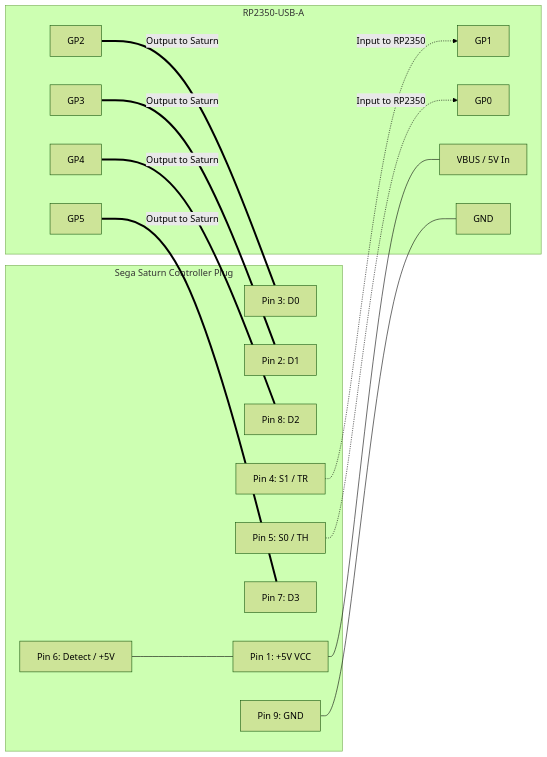
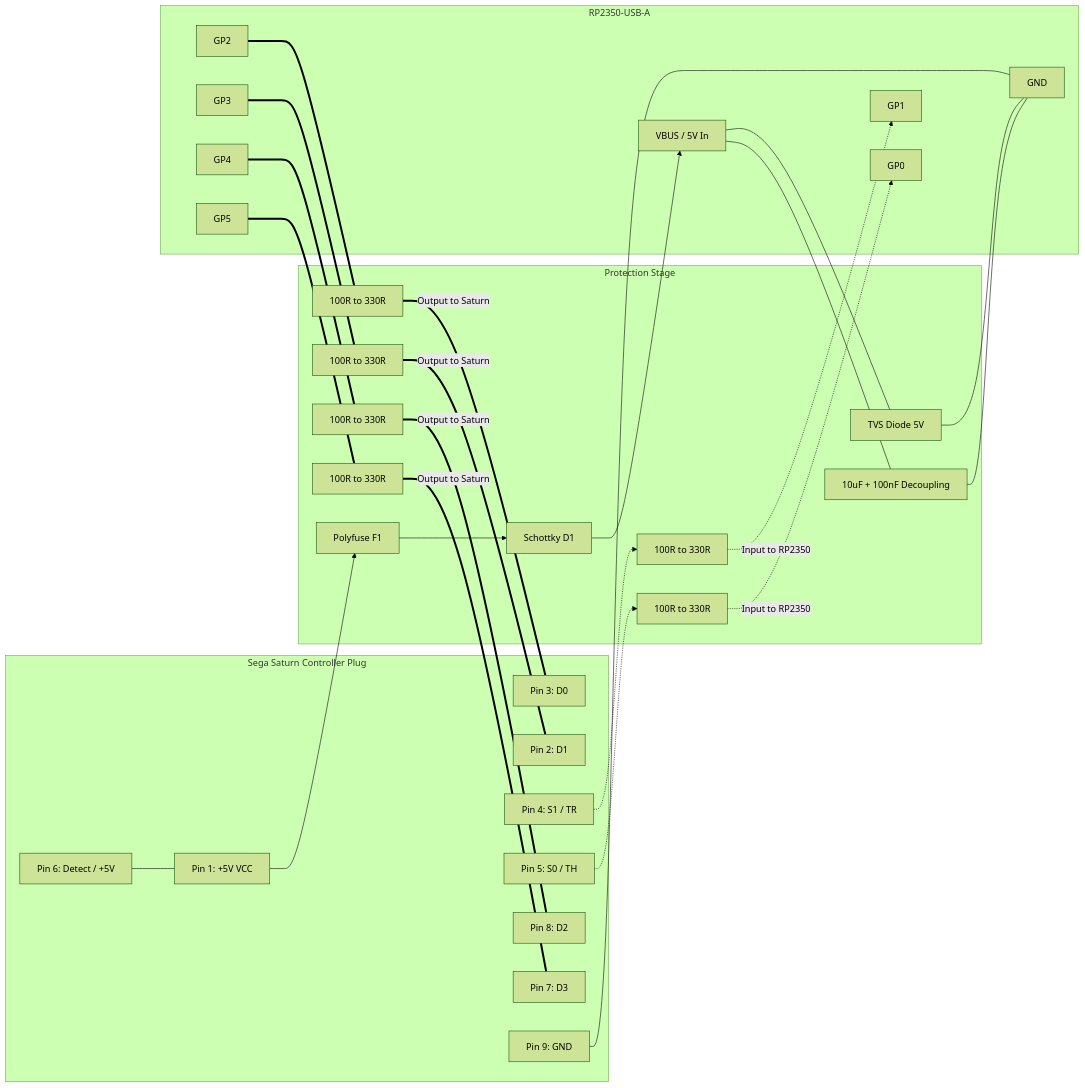
One commit to willll/USB2Saturn changed the diagram in docs/SCHEMATICS.md. Above: the diagram before and after it, drawn with Mermaid (forest theme). The commit also changed other lines of this file and 11 other files, not shown here.

Commit message:
feat: add protection board design and documentation for USB2Saturn project

````diff
--- a/docs/SCHEMATICS.md
+++ b/docs/SCHEMATICS.md
@@ -98,38 +135,55 @@
 ```mermaid
 graph LR
     subgraph Sega Saturn Controller Plug
         P1[Pin 1: +5V VCC]
         P2[Pin 2: D1]
         P3[Pin 3: D0]
         P4[Pin 4: S1 / TR]
         P5[Pin 5: S0 / TH]
         P6[Pin 6: Detect / +5V]
         P7[Pin 7: D3]
         P8[Pin 8: D2]
         P9[Pin 9: GND]
     end
 
+    subgraph Protection Stage
+        F1[Polyfuse F1]
+        D1[Schottky D1]
+        TVS1[TVS Diode 5V]
+        C1[10uF + 100nF Decoupling]
+        RS0[100R to 330R]
+        RS1[100R to 330R]
+        RD0[100R to 330R]
+        RD1[100R to 330R]
+        RD2[100R to 330R]
+        RD3[100R to 330R]
+    end
+
     subgraph RP2350-USB-A
         VBUS[VBUS / 5V In]
         GND_RP[GND]
         GP0[GP0]
         GP1[GP1]
         GP2[GP2]
         GP3[GP3]
         GP4[GP4]
         GP5[GP5]
     end
 
-    P1 --- VBUS
+    P1 --> F1 --> D1 --> VBUS
+    VBUS --- TVS1
+    TVS1 --- GND_RP
+    VBUS --- C1
+    C1 --- GND_RP
     P9 --- GND_RP
     
-    P5 -.->|Input to RP2350| GP0
-    P4 -.->|Input to RP2350| GP1
+    P5 -.-> RS0 -.->|Input to RP2350| GP0
+    P4 -.-> RS1 -.->|Input to RP2350| GP1
     
-    GP2 ===|Output to Saturn| P3
-    GP3 ===|Output to Saturn| P2
-    GP4 ===|Output to Saturn| P8
-    GP5 ===|Output to Saturn| P7
+    GP2 === RD0 ===|Output to Saturn| P3
+    GP3 === RD1 ===|Output to Saturn| P2
+    GP4 === RD2 ===|Output to Saturn| P8
+    GP5 === RD3 ===|Output to Saturn| P7
     
     P6 --- P1
 ```
````
